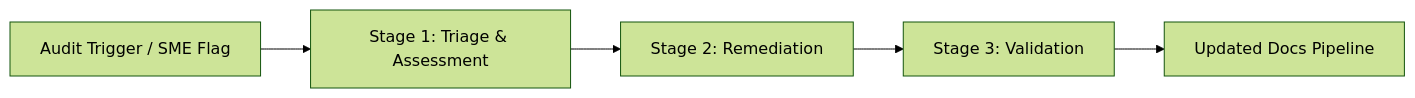
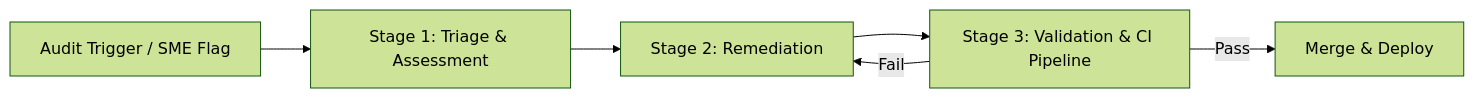
Before and after one commit to vaishvanara/techwritingkb: the diagram in docs/industry-terms/content-debt.md, drawn with Mermaid (forest theme). The commit also changed other lines of this file and 51 other files, not shown here.

````diff
--- a/docs/industry-terms/content-debt.md
+++ b/docs/industry-terms/content-debt.md
@@ -47,7 +49,8 @@
 ```mermaid
 graph LR
     A[Audit Trigger / SME Flag] --> B[Stage 1: Triage & Assessment]
     B --> C[Stage 2: Remediation]
-    C --> D[Stage 3: Validation]
-    D --> E[Updated Docs Pipeline]
+    C --> D[Stage 3: Validation & CI Pipeline]
+    D -- Pass --> E[Merge & Deploy]
+    D -- Fail --> C
 ```
````
